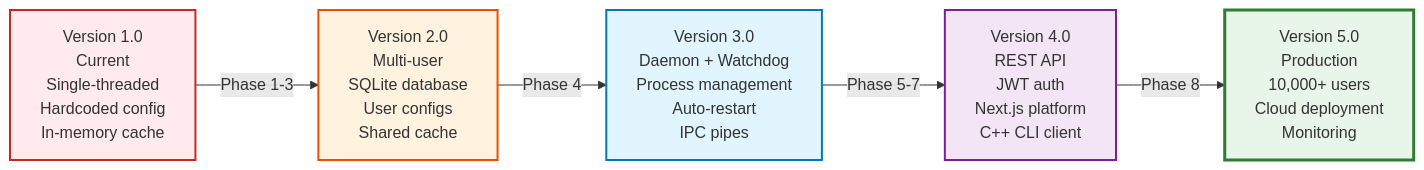
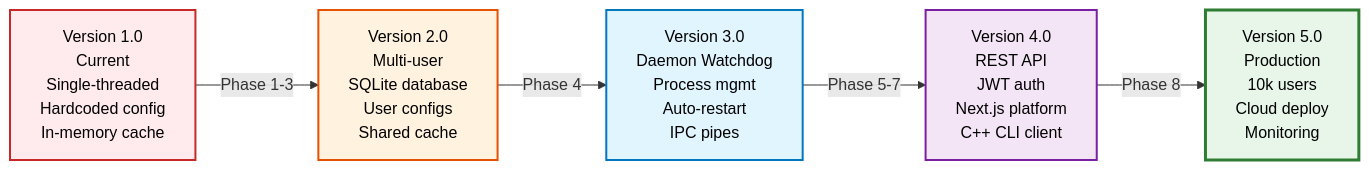
One commit to allejako/GridGuard changed diagram 29 of 29 in docs/SYSTEM_ARCHITECTURE.md. Above: the diagram before and after it, drawn with Mermaid. The commit also changed other lines of this file, not shown here.

````diff
--- a/docs/SYSTEM_ARCHITECTURE.md
+++ b/docs/SYSTEM_ARCHITECTURE.md
@@ -1692,23 +1684,23 @@
 ```mermaid
 flowchart LR
     V1[Version 1.0<br/>Current<br/>Single-threaded<br/>Hardcoded config<br/>In-memory cache]
 
     V2[Version 2.0<br/>Multi-user<br/>SQLite database<br/>User configs<br/>Shared cache]
 
-    V3[Version 3.0<br/>Daemon + Watchdog<br/>Process management<br/>Auto-restart<br/>IPC pipes]
+    V3[Version 3.0<br/>Daemon Watchdog<br/>Process mgmt<br/>Auto-restart<br/>IPC pipes]
 
     V4[Version 4.0<br/>REST API<br/>JWT auth<br/>Next.js platform<br/>C++ CLI client]
 
-    V5[Version 5.0<br/>Production<br/>10,000+ users<br/>Cloud deployment<br/>Monitoring]
+    V5[Version 5.0<br/>Production<br/>10k users<br/>Cloud deploy<br/>Monitoring]
 
     V1 -->|Phase 1-3| V2
     V2 -->|Phase 4| V3
     V3 -->|Phase 5-7| V4
     V4 -->|Phase 8| V5
 
-    style V1 fill:#ffebee,stroke:#c62828,stroke-width:2px
-    style V2 fill:#fff3e0,stroke:#e65100,stroke-width:2px
-    style V3 fill:#e1f5fe,stroke:#0277bd,stroke-width:2px
-    style V4 fill:#f3e5f5,stroke:#7b1fa2,stroke-width:2px
-    style V5 fill:#e8f5e9,stroke:#2e7d32,stroke-width:3px
+    style V1 fill:#ffebee,stroke:#c62828,stroke-width:2px,color:#000
+    style V2 fill:#fff3e0,stroke:#e65100,stroke-width:2px,color:#000
+    style V3 fill:#e1f5fe,stroke:#0277bd,stroke-width:2px,color:#000
+    style V4 fill:#f3e5f5,stroke:#7b1fa2,stroke-width:2px,color:#000
+    style V5 fill:#e8f5e9,stroke:#2e7d32,stroke-width:3px,color:#000
 ```
````
